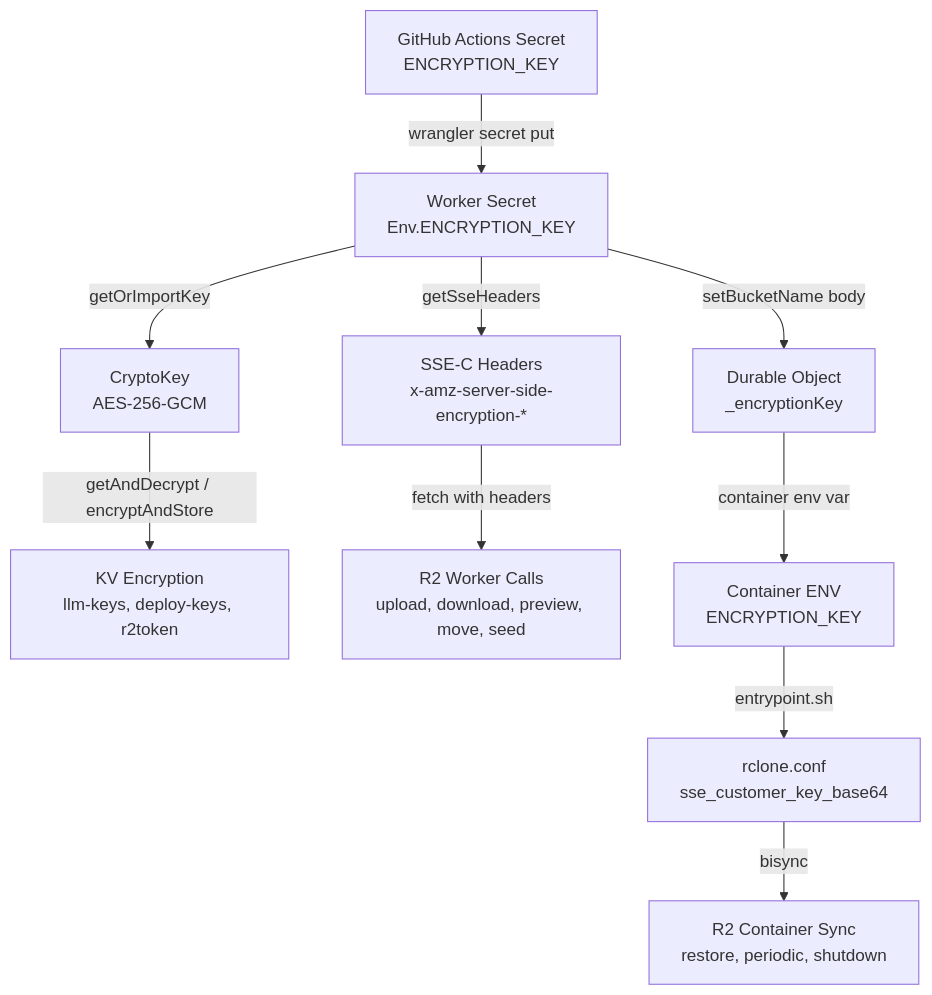
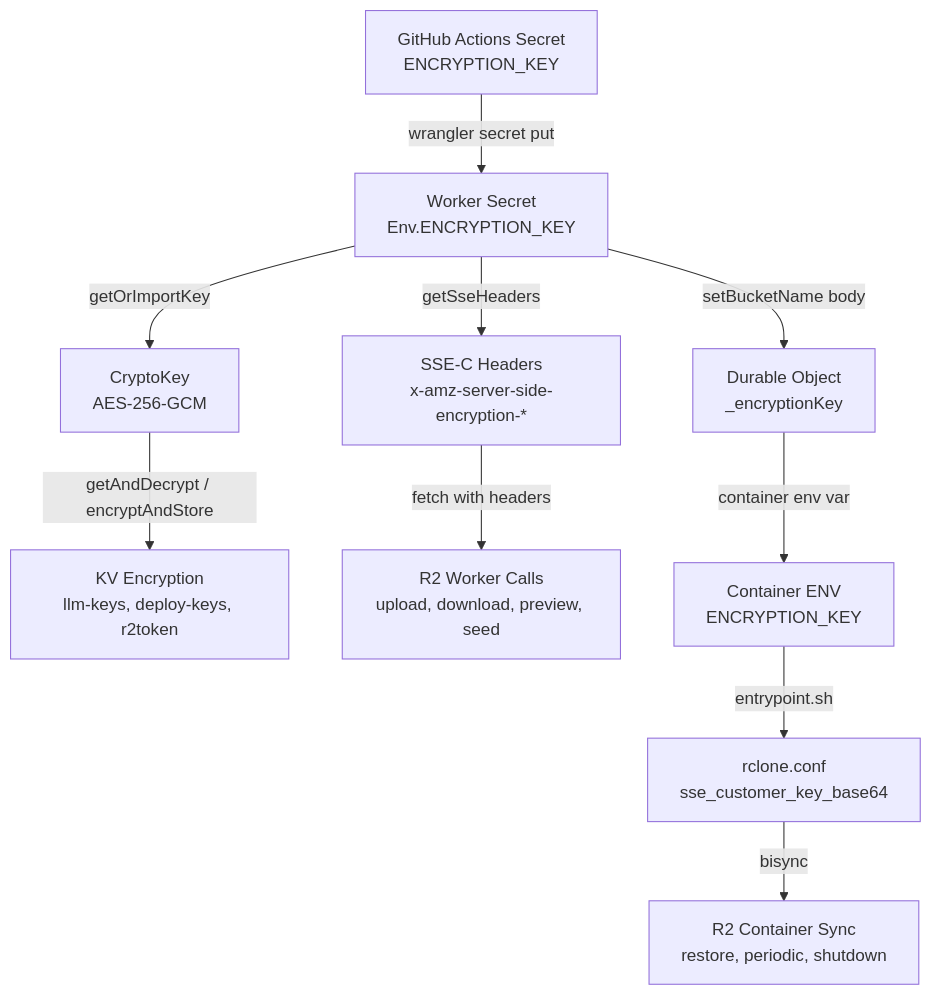
Diagram 13 of 14 in TECHNICAL.md (nikolanovoselec/codeflare), drawn with Mermaid before and after one commit. The commit also changed other lines of this file, not shown here.

````diff
--- a/TECHNICAL.md
+++ b/TECHNICAL.md
@@ -1740,12 +1757,12 @@
 ```mermaid
 flowchart TD
     GH["GitHub Actions Secret<br/>ENCRYPTION_KEY"] -->|wrangler secret put| WS["Worker Secret<br/>Env.ENCRYPTION_KEY"]
     WS -->|getOrImportKey| CK["CryptoKey<br/>AES-256-GCM"]
     WS -->|getSseHeaders| SSE["SSE-C Headers<br/>x-amz-server-side-encryption-*"]
     WS -->|setBucketName body| DO["Durable Object<br/>_encryptionKey"]
     CK -->|getAndDecrypt / encryptAndStore| KV["KV Encryption<br/>llm-keys, deploy-keys, r2token"]
-    SSE -->|fetch with headers| R2W["R2 Worker Calls<br/>upload, download, preview, move, seed"]
+    SSE -->|fetch with headers| R2W["R2 Worker Calls<br/>upload, download, preview, seed"]
     DO -->|container env var| CE["Container ENV<br/>ENCRYPTION_KEY"]
     CE -->|entrypoint.sh| RC["rclone.conf<br/>sse_customer_key_base64"]
     RC -->|bisync| R2C["R2 Container Sync<br/>restore, periodic, shutdown"]
 ```
````
